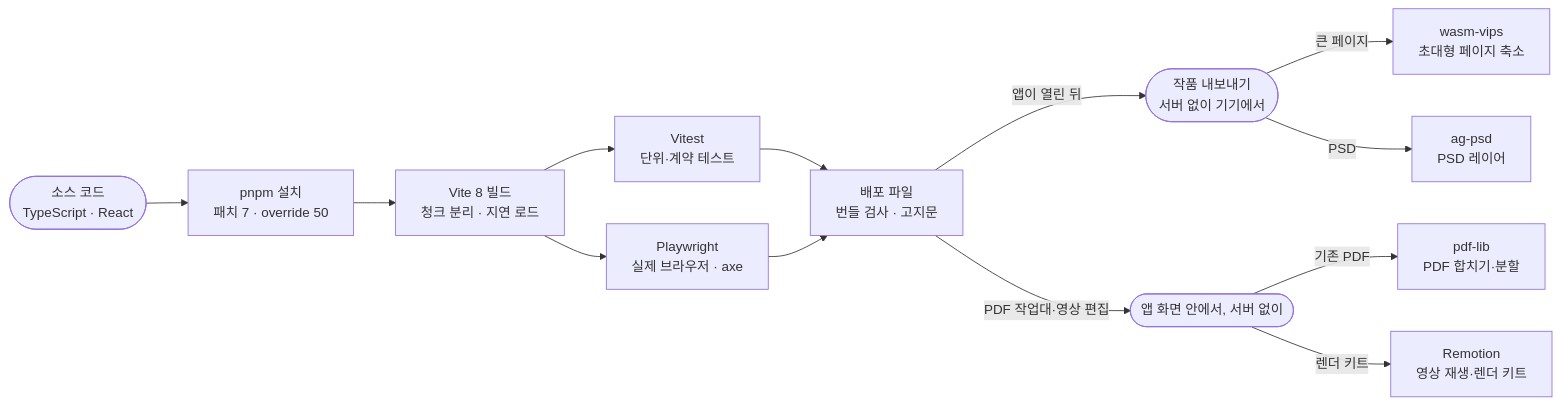
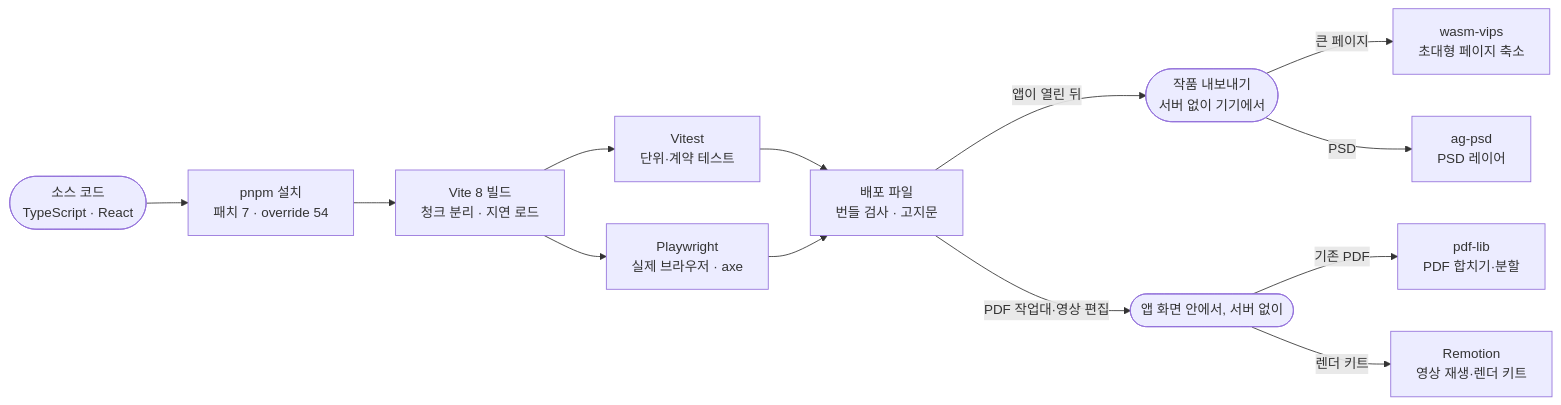
Before and after one commit to blue45f/toonstudio: the sixth of 6 diagrams in docs/technology/engineering-libraries.md, drawn with Mermaid. The commit also changed other lines of this file and 5 other files, not shown here.

First line of the commit message:
docs(atlas): pnpm override 개수를 실측 54개로 맞추고 영역 밖 해설까지 대조한다

````diff
--- a/docs/technology/engineering-libraries.md
+++ b/docs/technology/engineering-libraries.md
@@ -290,15 +290,15 @@
 ```mermaid
 flowchart LR
-  S(["소스 코드<br/>TypeScript · React"]) --> N["pnpm 설치<br/>패치 7 · override 50"]
+  S(["소스 코드<br/>TypeScript · React"]) --> N["pnpm 설치<br/>패치 7 · override 54"]
   N --> V["Vite 8 빌드<br/>청크 분리 · 지연 로드"]
   V --> T1["Vitest<br/>단위·계약 테스트"]
   V --> T2["Playwright<br/>실제 브라우저 · axe"]
   T1 --> B["배포 파일<br/>번들 검사 · 고지문"]
   T2 --> B
   B -->|"앱이 열린 뒤"| X(["작품 내보내기<br/>서버 없이 기기에서"])
   X -->|"큰 페이지"| W["wasm-vips<br/>초대형 페이지 축소"]
   X -->|"PSD"| P["ag-psd<br/>PSD 레이어"]
   B -->|"PDF 작업대·영상 편집"| K(["앱 화면 안에서, 서버 없이"])
   K -->|"기존 PDF"| F["pdf-lib<br/>PDF 합치기·분할"]
   K -->|"렌더 키트"| R["Remotion<br/>영상 재생·렌더 키트"]
 ```
````
